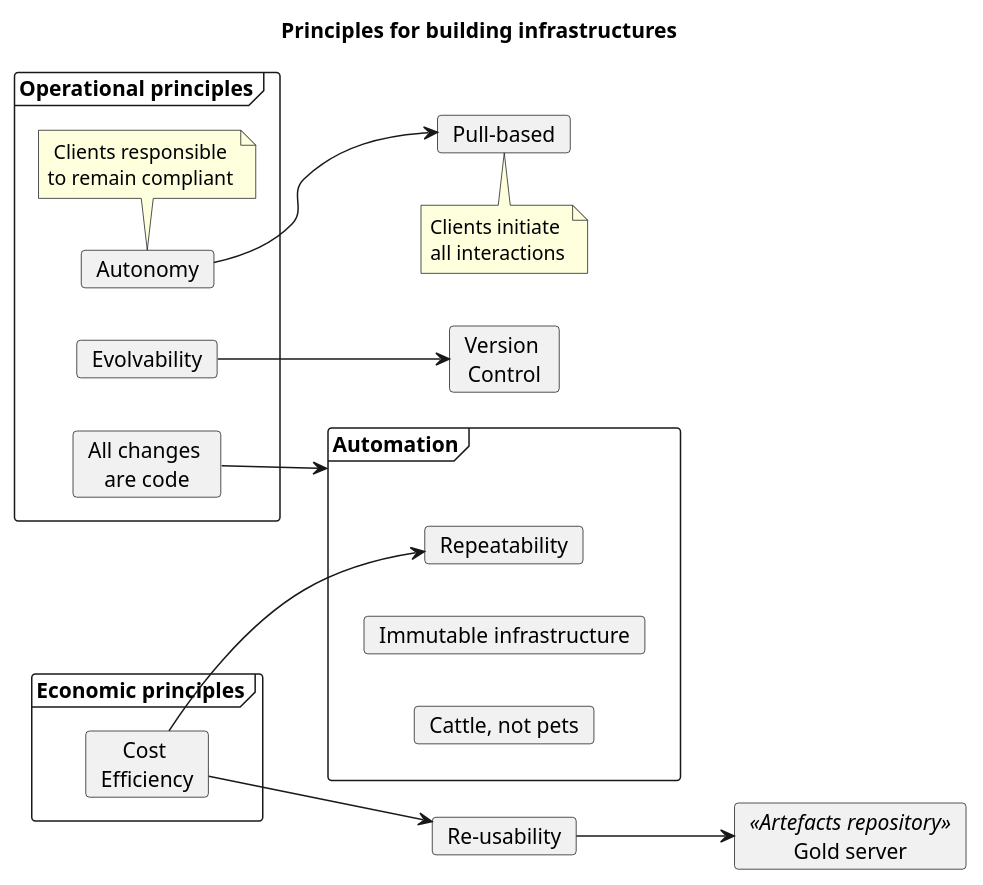
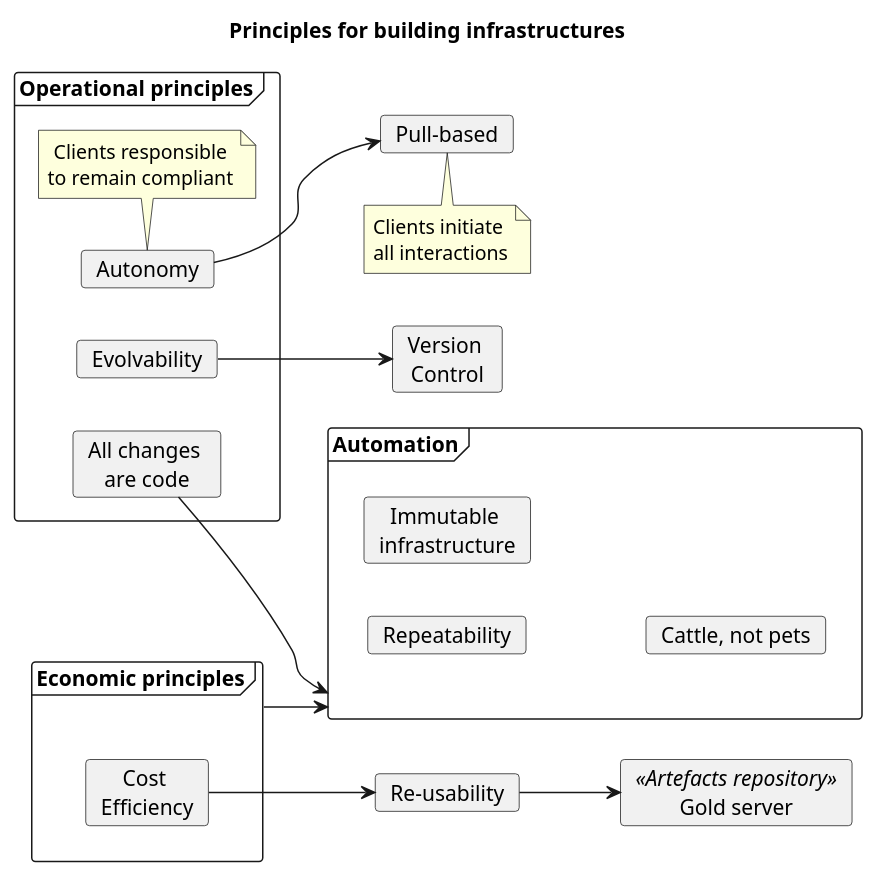
One commit to pgpbpadilla/pgpbpadilla.github.io changed the diagram in _drafts/diagrams/boot-infra-key-ideas.puml. Above: the diagram before and after it, drawn with PlantUML.

Commit message:
chg: dev: link parent frames

```diff
--- a/_drafts/diagrams/boot-infra-key-ideas.puml
+++ b/_drafts/diagrams/boot-infra-key-ideas.puml
@@ -1,39 +1,38 @@
 @startuml
 
 title Principles for building infrastructures
 
 left to right direction
 skinparam defaultTextAlignment center
 
+frame "Economic principles" as econ {
+	card "Cost \nEfficiency" as cost
+}
+
 frame "Operational principles" {
+	card "All changes \nare code" as acac
 	card "Evolvability" as evol
 	card "Autonomy" as autonomy
 	note bottom: Clients responsible\nto remain compliant
-	card "All changes \nare code" as acac
-}
-
-frame "Economic principles" {
-	card "Cost \nEfficiency" as cost
 }
 
 frame "Automation" as auto {
 	card "Repeatability" as repeat
-	card "Immutable infrastructure" as ii
+	card "Immutable \ninfrastructure" as ii
 	card "Cattle, not pets" as cattle
 }
 
 card "Re-usability" as reuse
 cost --> reuse
-cost --> repeat
-
+econ --> auto
 card "Pull-based" as pull
 note bottom: Clients initiate \nall interactions
 card "Version \nControl" as vc
 card "Gold server" <<Artefacts repository>> as artefacts
 
 acac --> auto
 autonomy --> pull
 evol --> vc
 reuse --> artefacts
 
 @enduml
```
